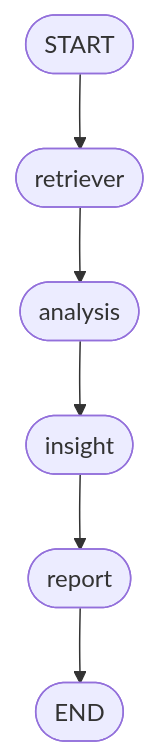
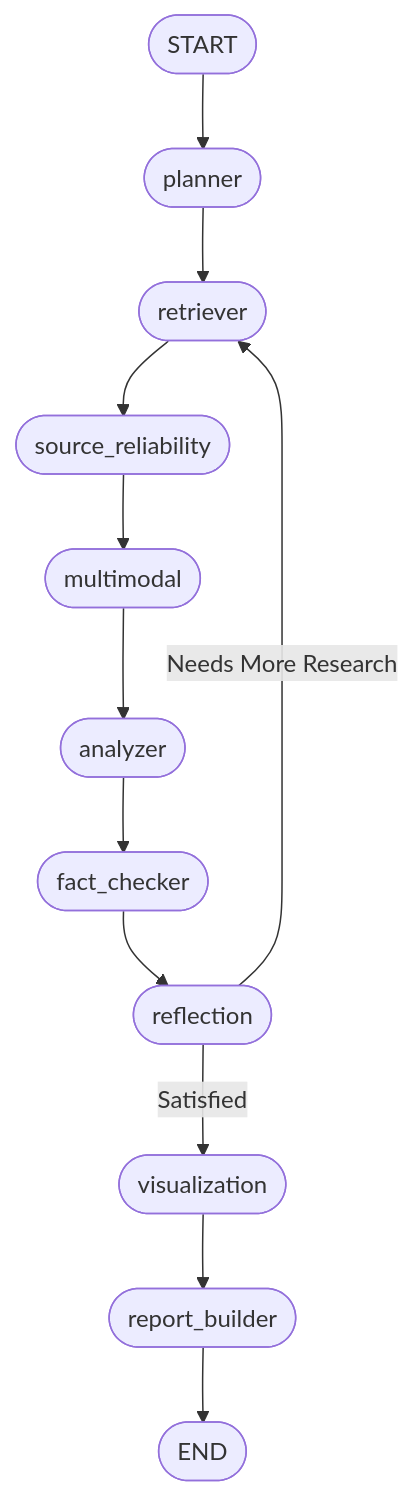
Before and after one commit to madakasirak/hackathon_Outskill: the diagram in README.md, drawn with Mermaid. The commit also changed other lines of this file and 22 other files, not shown here.

````diff
--- a/README.md
+++ b/README.md
@@ -9,15 +32,28 @@
 ```mermaid
 graph TD
   __start__([START])
+  planner([planner])
   retriever([retriever])
-  analysis([analysis])
-  insight([insight])
-  report([report])
+  source_reliability([source_reliability])
+  multimodal([multimodal])
+  analyzer([analyzer])
+  fact_checker([fact_checker])
+  reflection([reflection])
+  visualization([visualization])
+  report_builder([report_builder])
   __end__([END])
 
-  __start__ --> retriever
-  retriever --> analysis
-  analysis --> insight
-  insight --> report
-  report --> __end__
+  __start__ --> planner
+  planner --> retriever
+  retriever --> source_reliability
+  source_reliability --> multimodal
+  multimodal --> analyzer
+  analyzer --> fact_checker
+  fact_checker --> reflection
+  
+  reflection -->|Needs More Research| retriever
+  reflection -->|Satisfied| visualization
+  
+  visualization --> report_builder
+  report_builder --> __end__
 ```
````
